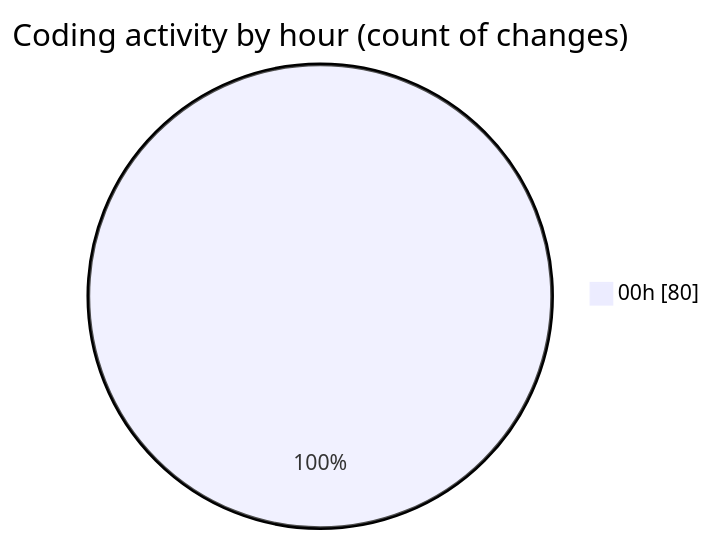
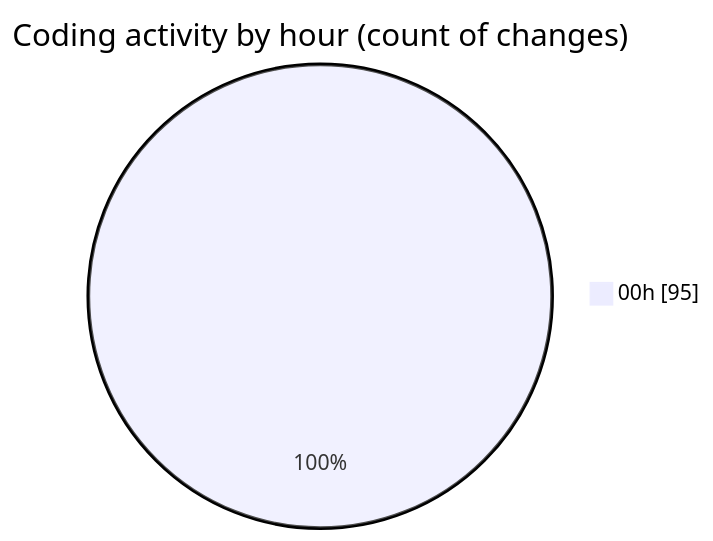
The second of 2 diagrams in 2025-08-06/napxuvn/README.md (lephambinh05/code-tracking), drawn with Mermaid before and after one commit. The commit also changed other lines of this file and 1 other file, not shown here.

````diff
--- a/2025-08-06/napxuvn/README.md
+++ b/2025-08-06/napxuvn/README.md
@@ -73,5 +81,5 @@
 ```mermaid
 pie showData
 title Coding activity by hour (count of changes)
-"00h" : 80
+"00h" : 95
 ```
````
